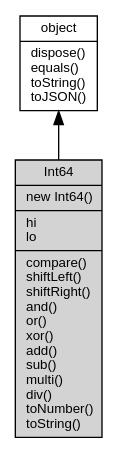
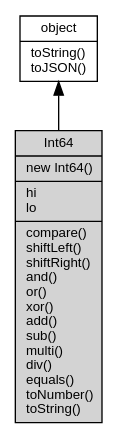
Before and after one commit to fibjs/fibjs.org: the diagram in docs/manual/object/ifs/Int64.md, drawn with Graphviz. The commit also changed other lines of this file and 300 other files, not shown here.

````diff
--- a/docs/manual/object/ifs/Int64.md
+++ b/docs/manual/object/ifs/Int64.md
@@ -11,10 +11,10 @@
 ```dot
 digraph {
     node [fontname="Helvetica,sans-Serif", fontsize=10, shape="record", style="filled", fillcolor="white"];
 
-    object [tooltip="object", URL="object.md", label="{object|dispose()\lequals()\ltoString()\ltoJSON()\l}"];
-    Int64 [tooltip="Int64", fillcolor="lightgray", id="me", label="{Int64|new Int64()\l|hi\llo\l|compare()\lshiftLeft()\lshiftRight()\land()\lor()\lxor()\ladd()\lsub()\lmulti()\ldiv()\ltoNumber()\ltoString()\l}"];
+    object [tooltip="object", URL="object.md", label="{object|toString()\ltoJSON()\l}"];
+    Int64 [tooltip="Int64", fillcolor="lightgray", id="me", label="{Int64|new Int64()\l|hi\llo\l|compare()\lshiftLeft()\lshiftRight()\land()\lor()\lxor()\ladd()\lsub()\lmulti()\ldiv()\lequals()\ltoNumber()\ltoString()\l}"];
 
     object -> Int64 [dir=back];
 }
 ```
````
